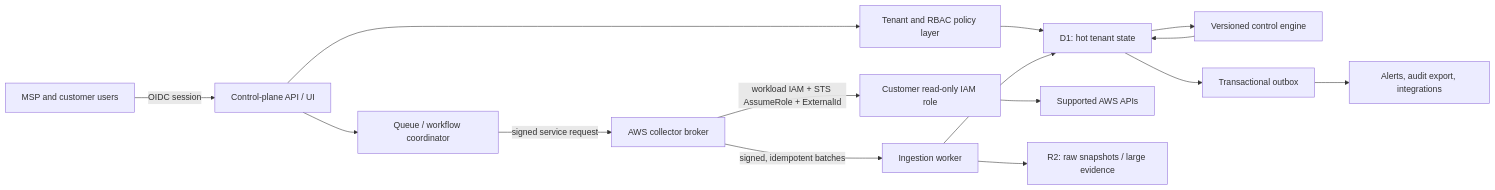
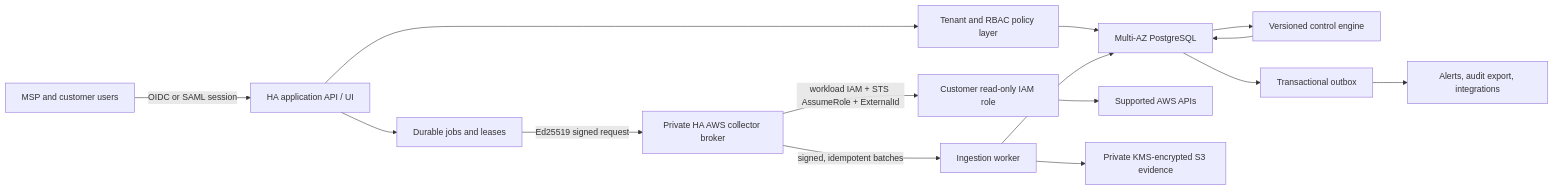
Before and after one commit to ydsveluvolu2996/Sutra: the first of 2 diagrams in docs/architecture.md, drawn with Mermaid. The commit also changed other lines of this file and 1264 other files, not shown here.

````diff
--- a/docs/architecture.md
+++ b/docs/architecture.md
@@ -18,17 +51,17 @@
 ```mermaid
 flowchart LR
-  U["MSP and customer users"] -->|OIDC session| API["Control-plane API / UI"]
+  U["MSP and customer users"] -->|"OIDC or SAML session"| API["HA application API / UI"]
   API --> AUTH["Tenant and RBAC policy layer"]
-  AUTH --> D1["D1: hot tenant state"]
-  API --> Q["Queue / workflow coordinator"]
-  Q -->|signed service request| B["AWS collector broker"]
+  AUTH --> DB["Multi-AZ PostgreSQL"]
+  API --> Q["Durable jobs and leases"]
+  Q -->|"Ed25519 signed request"| B["Private HA AWS collector broker"]
   B -->|workload IAM + STS AssumeRole + ExternalId| C["Customer read-only IAM role"]
   C --> AWS["Supported AWS APIs"]
   B -->|signed, idempotent batches| ING["Ingestion worker"]
-  ING --> R2["R2: raw snapshots / large evidence"]
-  ING --> D1
-  D1 --> RULES["Versioned control engine"]
-  RULES --> D1
-  D1 --> OUT["Transactional outbox"]
+  ING --> S3["Private KMS-encrypted S3 evidence"]
+  ING --> DB
+  DB --> RULES["Versioned control engine"]
+  RULES --> DB
+  DB --> OUT["Transactional outbox"]
   OUT --> AUDIT["Alerts, audit export, integrations"]
 ```
````
